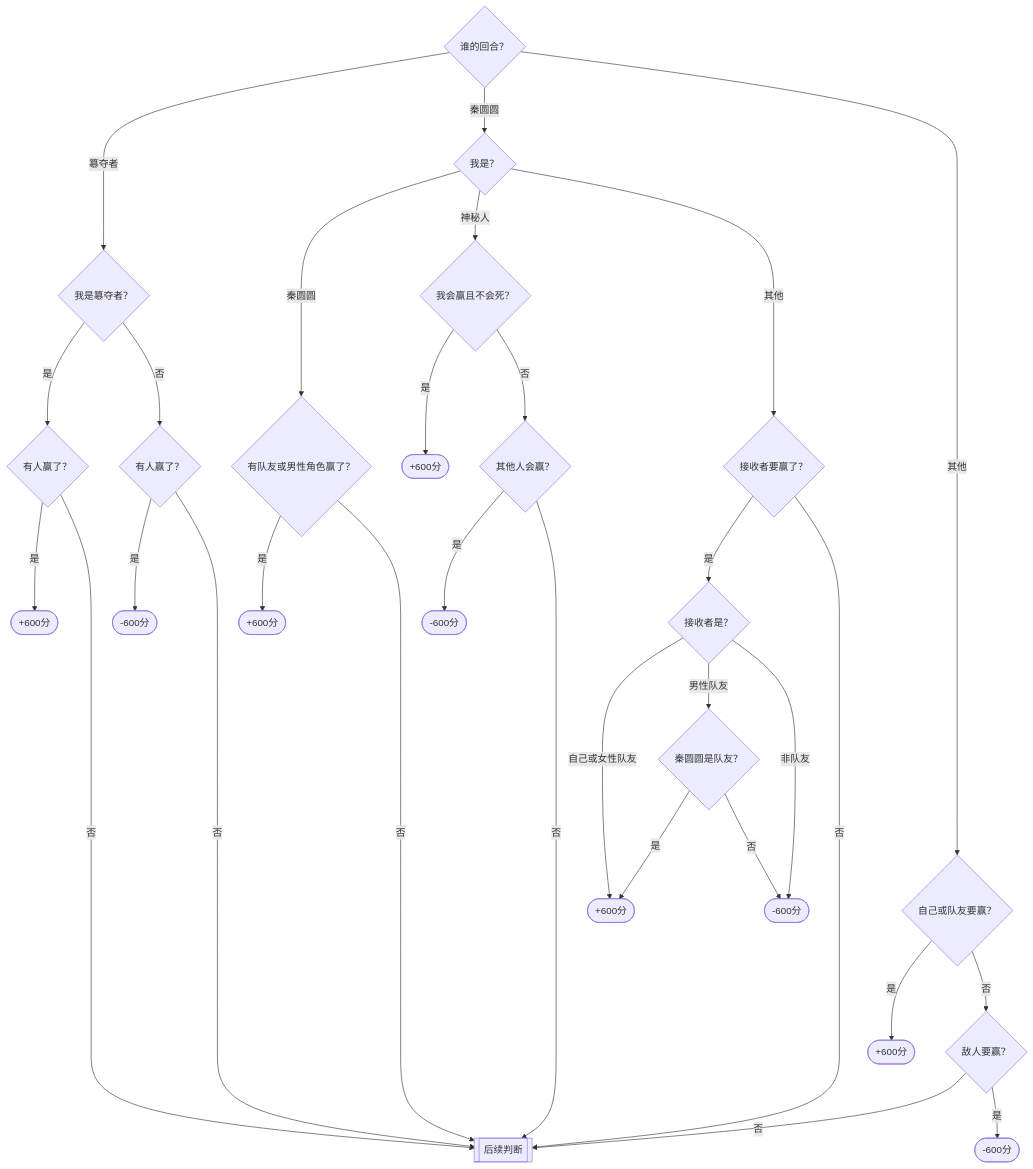
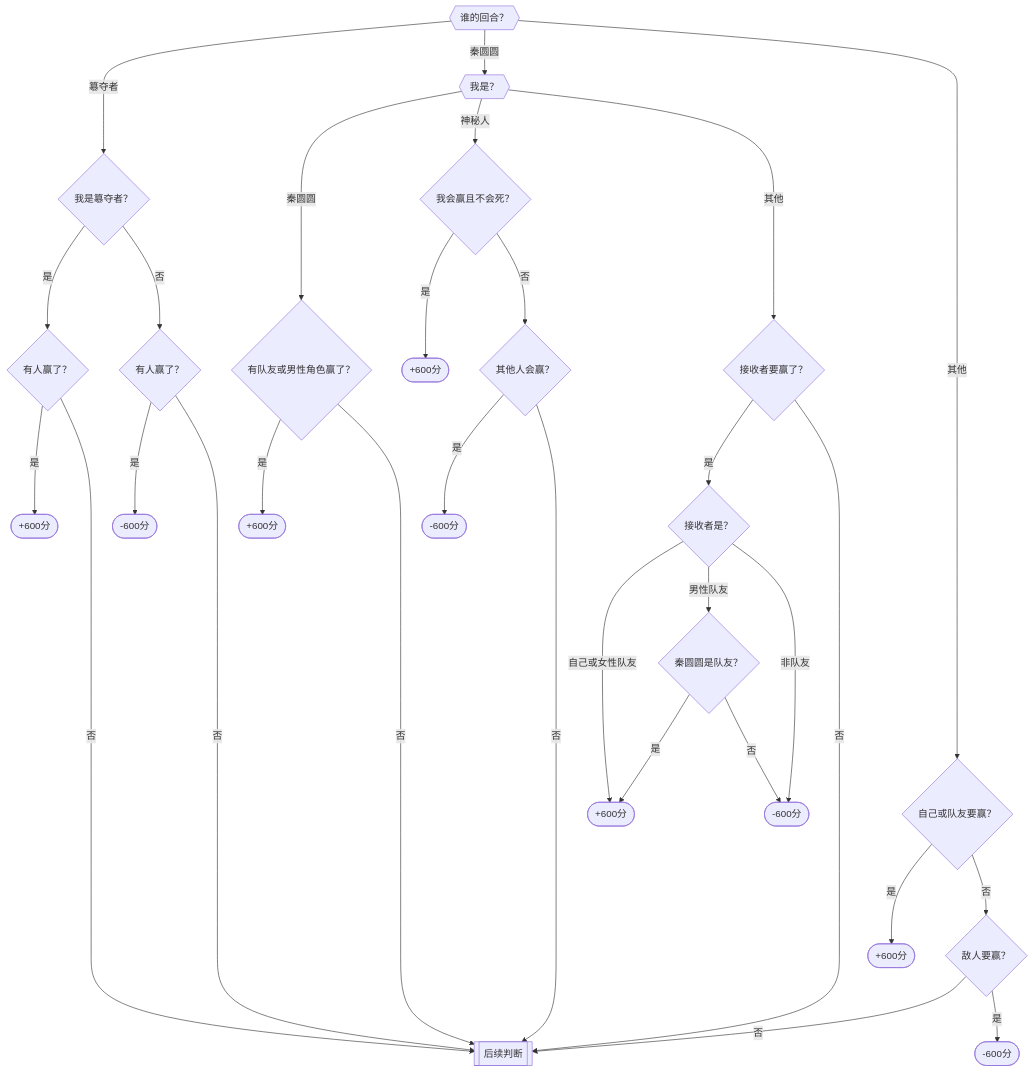
The first of 2 diagrams in docs/develop/server/score.md (CuteReimu/fengsheng-doc), drawn with Mermaid before and after one commit. The commit also changed other lines of this file, not shown here.

Commit message:
计算逻辑图

````diff
--- a/docs/develop/server/score.md
+++ b/docs/develop/server/score.md
@@ -12,20 +12,20 @@
 ```mermaid
 graph TD
-    A{谁的回合？} -->|簒夺者| B{我是簒夺者？} -->|是| C{有人赢了？} -->|是| D([+600分])
+    A{{谁的回合？}} -->|簒夺者| B{我是簒夺者？} -->|是| C{有人赢了？} -->|是| D([+600分])
     B -->|否| C1{有人赢了？} -->|是| D1([-600分])
-    A -->|秦圆圆| F{我是？} -->|秦圆圆| E{有队友或男性角色赢了？} -->|是| G([+600分])
+    A -->|秦圆圆| F{{我是？}} -->|秦圆圆| E{有队友或男性角色赢了？} -->|是| G([+600分])
     F -->|神秘人| J{我会赢且不会死？} -->|是| K([+600分])
     J -->|否| L{其他人会赢？} -->|是| M([-600分])
     F -->|其他| N{接收者要赢了？} -->|是| O{接收者是？} -->|自己或女性队友| P([+600分])
     O -->|男性队友| Q{秦圆圆是队友？} --> |是| P
     Q -->|否| R([-600分])
     O -->|非队友| R
     A -->|其他| S{自己或队友要赢？} -->|是| T([+600分])
     S -->|否| U{敌人要赢？} -->|否| W[[后续判断]]
     U -->|是| V([-600分])
     C ------>|否| W
     C1 ------>|否| W
     E ------>|否| W
     L ------>|否| W
     N ------>|否| W
 ```
````
